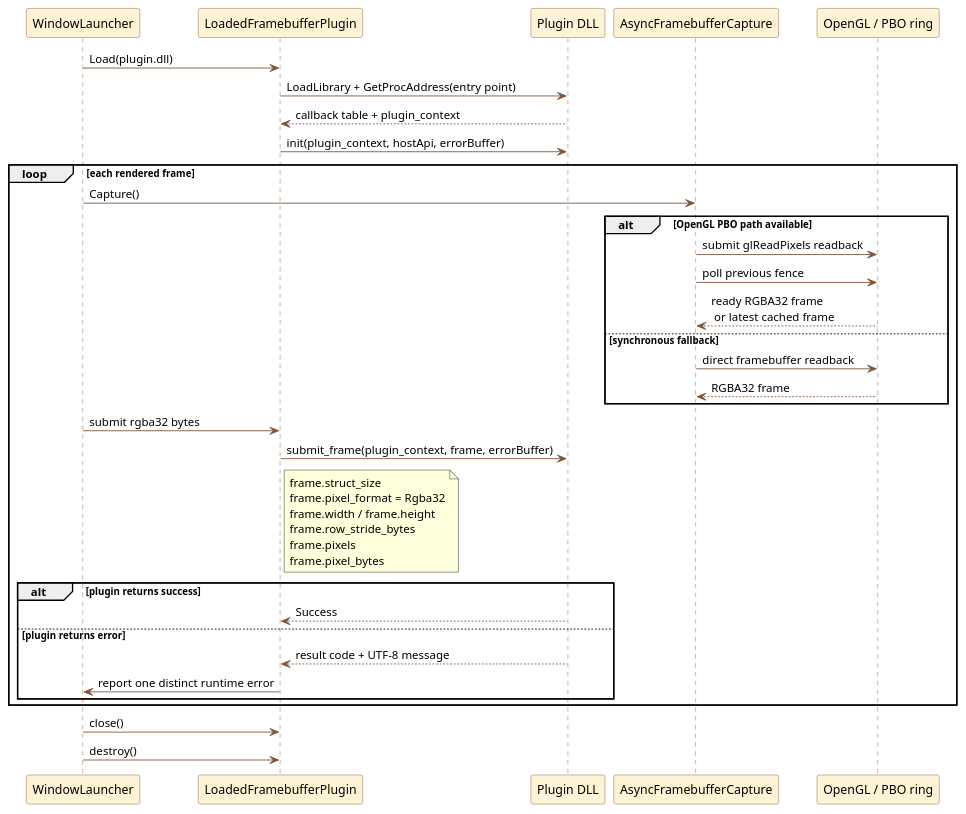
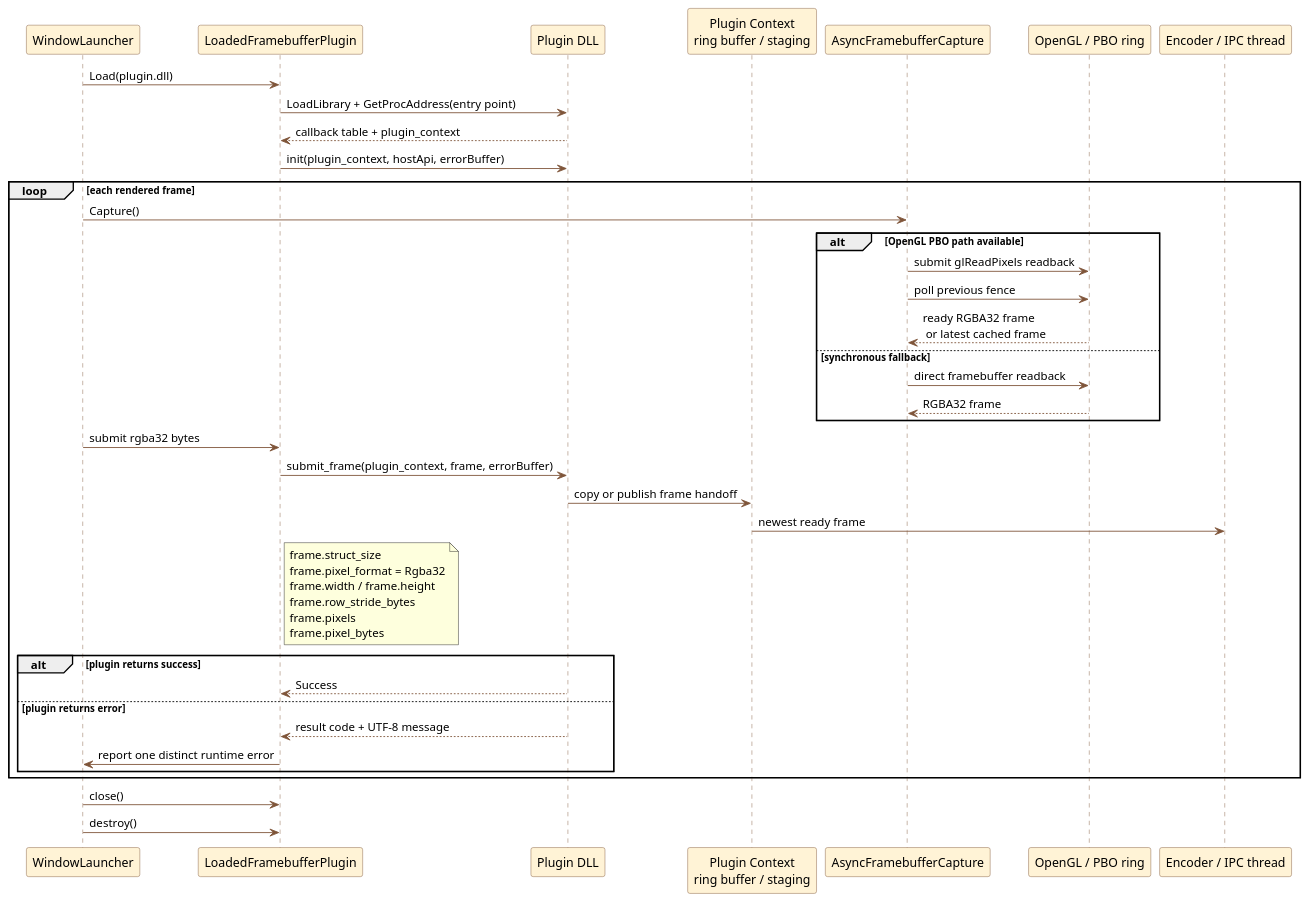
The diagram in docs/user_guide/diagrams/11_framebuffer_plugin_runtime_sequence.puml (benoitfragit/MFDStudio), drawn with PlantUML before and after one commit. The commit also changed 13 other files, not shown here.

```diff
--- a/docs/user_guide/diagrams/11_framebuffer_plugin_runtime_sequence.puml
+++ b/docs/user_guide/diagrams/11_framebuffer_plugin_runtime_sequence.puml
@@ -1,56 +1,60 @@
 @startuml
 skinparam backgroundColor #FFFFFF
 skinparam shadowing false
 skinparam defaultFontName Segoe UI
 skinparam sequence {
   ArrowColor #7F5539
   LifeLineBorderColor #7F5539
   LifeLineBackgroundColor #F8FAFC
   ParticipantBorderColor #7F5539
   ParticipantBackgroundColor #FFF3D6
 }
 
 participant "WindowLauncher" as Launcher
 participant "LoadedFramebufferPlugin" as Loader
 participant "Plugin DLL" as Plugin
+participant "Plugin Context\nring buffer / staging" as Context
 participant "AsyncFramebufferCapture" as Capture
 participant "OpenGL / PBO ring" as Pbo
+participant "Encoder / IPC thread" as Consumer
 
 Launcher -> Loader : Load(plugin.dll)
 Loader -> Plugin : LoadLibrary + GetProcAddress(entry point)
 Plugin --> Loader : callback table + plugin_context
 Loader -> Plugin : init(plugin_context, hostApi, errorBuffer)
 
 loop each rendered frame
   Launcher -> Capture : Capture()
   alt OpenGL PBO path available
     Capture -> Pbo : submit glReadPixels readback
     Capture -> Pbo : poll previous fence
     Pbo --> Capture : ready RGBA32 frame \n or latest cached frame
   else synchronous fallback
     Capture -> Pbo : direct framebuffer readback
     Pbo --> Capture : RGBA32 frame
   end
 
   Launcher -> Loader : submit rgba32 bytes
   Loader -> Plugin : submit_frame(plugin_context, frame, errorBuffer)
+  Plugin -> Context : copy or publish frame handoff
+  Context -> Consumer : newest ready frame
   note right of Loader
   frame.struct_size
   frame.pixel_format = Rgba32
   frame.width / frame.height
   frame.row_stride_bytes
   frame.pixels
   frame.pixel_bytes
   end note
 
   alt plugin returns success
     Plugin --> Loader : Success
   else plugin returns error
     Plugin --> Loader : result code + UTF-8 message
     Loader -> Launcher : report one distinct runtime error
   end
 end
 
 Launcher -> Loader : close()
 Launcher -> Loader : destroy()
 @enduml
```
